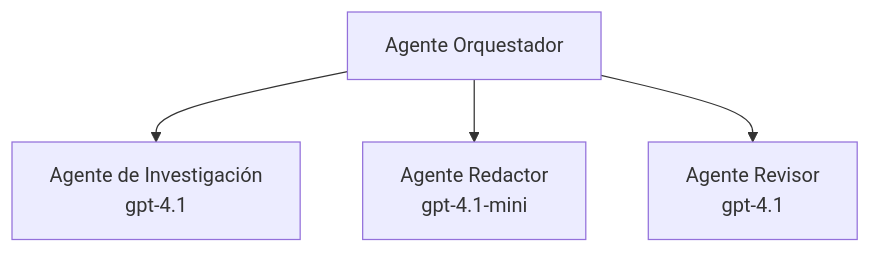
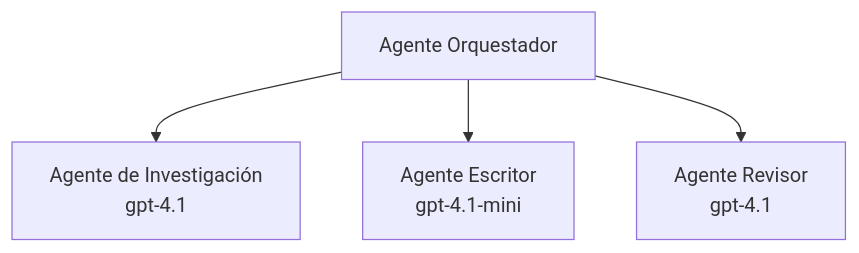
The third of 3 diagrams in translations/es/docs/chapter-02-ai-development/agents.md (microsoft/AZD-for-beginners), drawn with Mermaid before and after one commit. The commit also changed other lines of this file and 104 other files, not shown here.

````diff
--- a/translations/es/docs/chapter-02-ai-development/agents.md
+++ b/translations/es/docs/chapter-02-ai-development/agents.md
@@ -194,6 +201,6 @@
 ```mermaid
 graph TD
     Orchestrator[Agente Orquestador] --> Research[Agente de Investigación<br/>gpt-4.1]
-    Orchestrator --> Writer[Agente Redactor<br/>gpt-4.1-mini]
+    Orchestrator --> Writer[Agente Escritor<br/>gpt-4.1-mini]
     Orchestrator --> Reviewer[Agente Revisor<br/>gpt-4.1]
 ```
````
